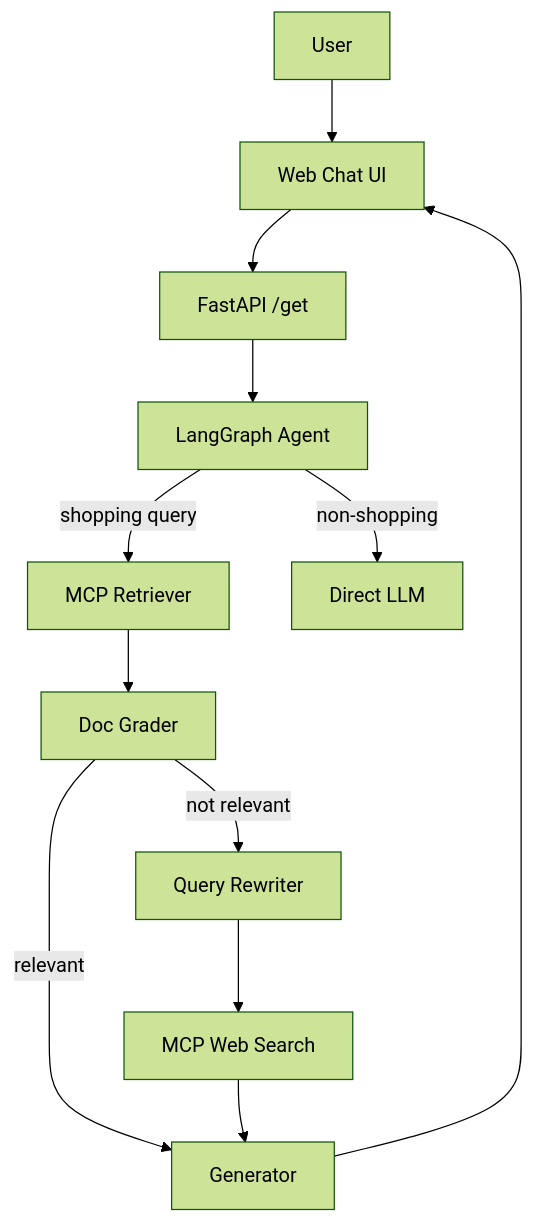
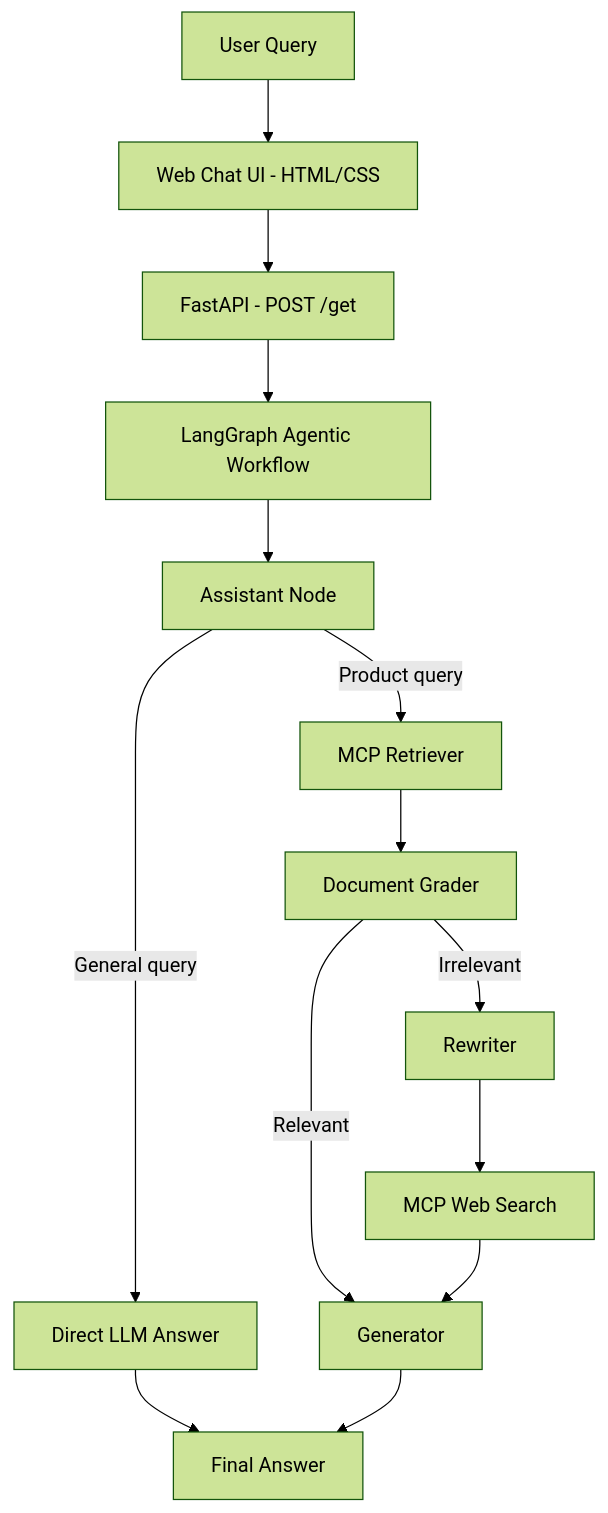
Before and after one commit to nirajj12/ecomm-prod-assistant: the diagram in README.md, drawn with Mermaid (forest theme). The commit also changed other lines of this file and 3 other files, not shown here.

````diff
--- a/README.md
+++ b/README.md
@@ -56,14 +84,23 @@
 ```mermaid
-graph TD
-  U[User] --> UI[Web Chat UI]
-  UI --> API[FastAPI /get]
-  API --> AG[LangGraph Agent]
-  AG -->|shopping query| RET[MCP Retriever]
-  AG -->|non-shopping| LLM[Direct LLM]
-  RET --> GRADE[Doc Grader]
-  GRADE -->|relevant| GEN[Generator]
-  GRADE -->|not relevant| REWRITE[Query Rewriter]
-  REWRITE --> WEB[MCP Web Search]
-  WEB --> GEN
-  GEN --> UI
+flowchart TD
+    U["User Query"]
+    UI["Web Chat UI - HTML/CSS"]
+    API["FastAPI - POST /get"]
+    AG["LangGraph Agentic Workflow"]
+    A["Assistant Node"]
+    R["MCP Retriever"]
+    DG["Document Grader"]
+    G["Generator"]
+    RW["Rewriter"]
+    WS["MCP Web Search"]
+    DL["Direct LLM Answer"]
+    F["Final Answer"]
+
+    U --> UI --> API --> AG --> A
+    A -->|"Product query"| R
+    A -->|"General query"| DL --> F
+    R --> DG
+    DG -->|"Relevant"| G
+    DG -->|"Irrelevant"| RW --> WS --> G
+    G --> F
 ```
````
